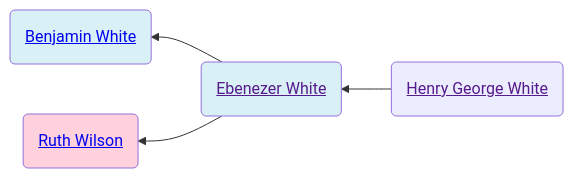
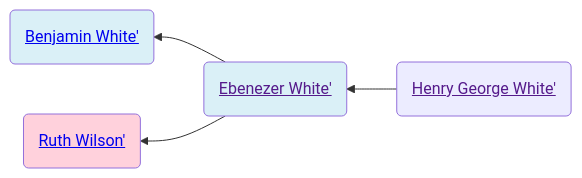
Before and after one commit to neelsmith/avocational: the first of 2 diagrams in familyhistory/sources/people/Merrill-line/White-line/Henry_George_White.qmd, drawn with Mermaid. The commit also changed other lines of this file and 102 other files, not shown here.

````diff
--- a/familyhistory/sources/people/Merrill-line/White-line/Henry_George_White.qmd
+++ b/familyhistory/sources/people/Merrill-line/White-line/Henry_George_White.qmd
@@ -39,14 +39,14 @@
 ```{mermaid}
 graph RL
 %% RL ancestor diagram
-Henry_George_White(<a href=''>Henry George White</>) -->  Ebenezer_White(<a href='./Ebenezer_White.html'>Ebenezer White</>)
-Ebenezer_White(<a href=''>Ebenezer White</>) -->  Benjamin_White(<a href='./Benjamin_White.html'>Benjamin White</>)
+Henry_George_White(<a href=''>Henry George White'</>) -->  Ebenezer_White(<a href='./Ebenezer_White.html'>Ebenezer White'</>)
+Ebenezer_White(<a href=''>Ebenezer White'</>) -->  Benjamin_White(<a href='./Benjamin_White.html'>Benjamin White'</>)
 class Benjamin_White father
-Ebenezer_White(<a href=''>Ebenezer White</>)  --> Ruth_Wilson(<a href='./Wilson-line/Ruth_Wilson.html'>Ruth Wilson</>)
+Ebenezer_White(<a href=''>Ebenezer White'</>)  --> Ruth_Wilson(<a href='./Wilson-line/Ruth_Wilson.html'>Ruth Wilson'</>)
 class Ruth_Wilson mother
 class Ebenezer_White father
 classDef mother fill:#ffd1dc
 classDef father fill:#daf0f7  
 classDef marriage fill:#ffffff
 
 ```
````
